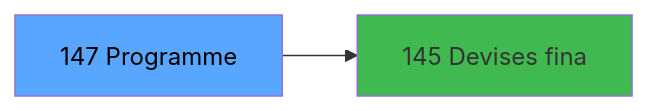
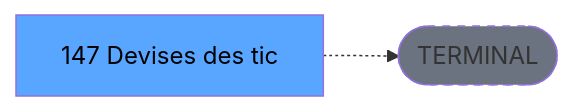
Before and after one commit to thonyAGP/lecteur-magic: the third of 3 diagrams in .openspec/specs/ADH-IDE-147.md, drawn with Mermaid. The commit also changed other lines of this file and 701 other files, not shown here.

````diff
--- a/.openspec/specs/ADH-IDE-147.md
+++ b/.openspec/specs/ADH-IDE-147.md
@@ -146,8 +138,8 @@
 ```mermaid
 graph LR
-    T[147 Programme]
-    C145[145 Devises fina]
-    T --> C145
+    T[147 Devises des tic]
+    TERM([TERMINAL])
+    T -.-> TERM
+    style TERM fill:#6b7280,stroke-dasharray: 5 5
     style T fill:#58a6ff,color:#000
-    style C145 fill:#3fb950
 ```
````
